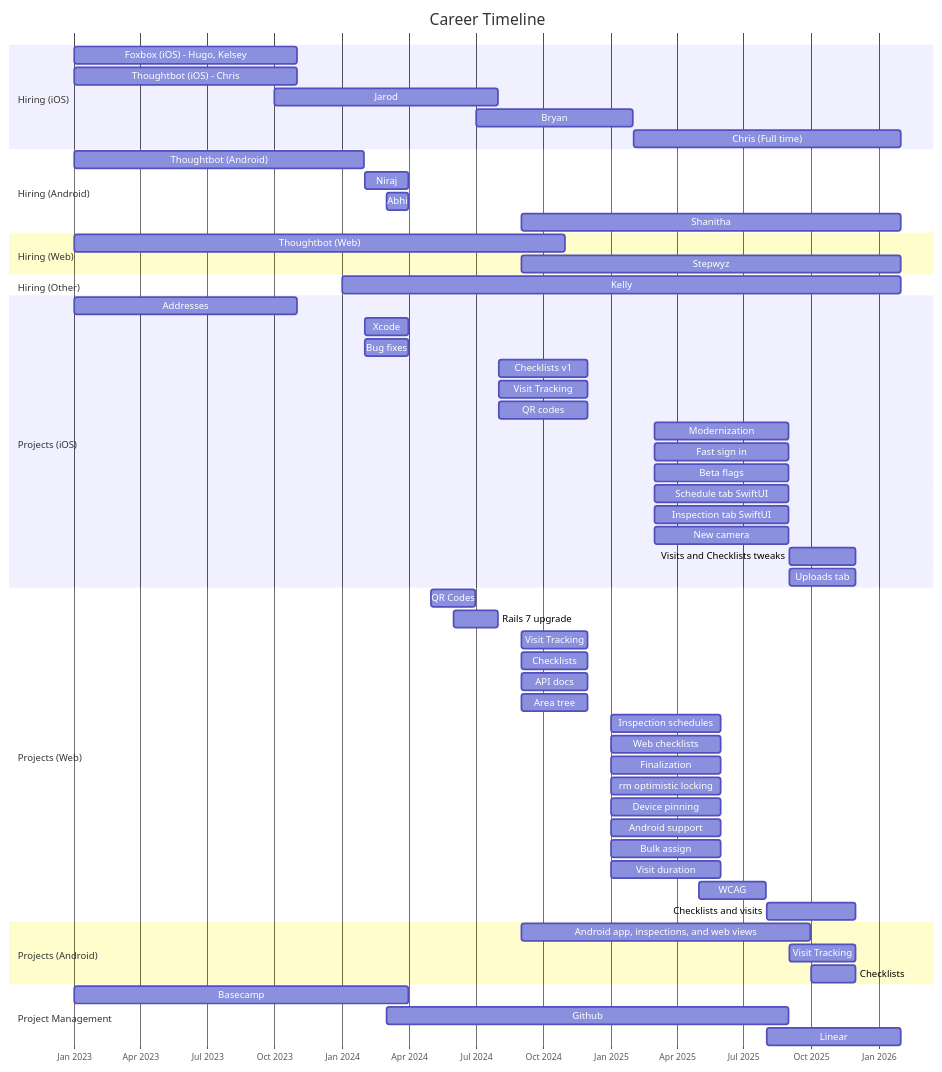
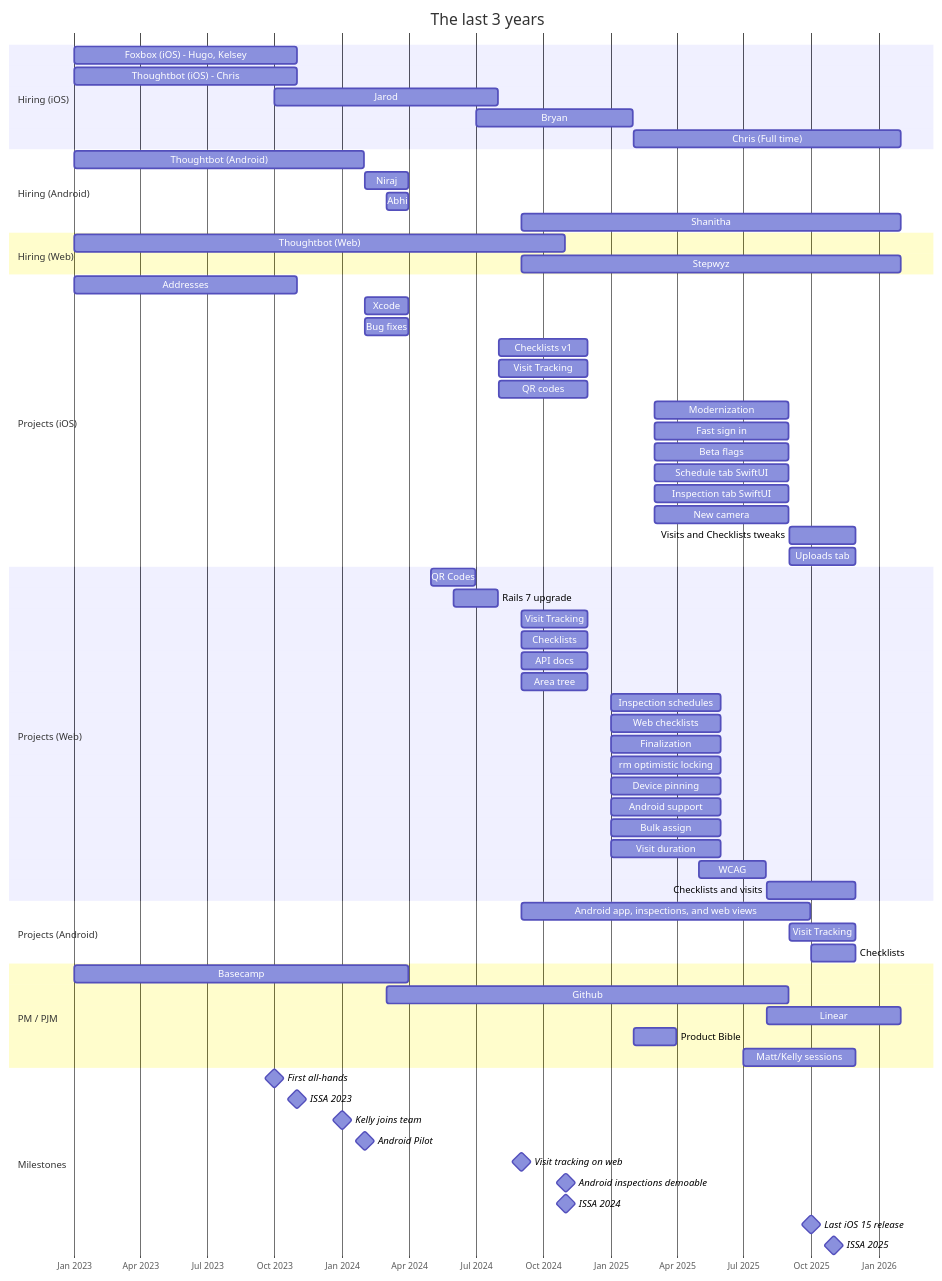
The diagram in gantt.mmd (dpaola2/career-chart-oqc), drawn with Mermaid before and after one commit.

Commit message:
almost there

```diff
--- a/gantt.mmd
+++ b/gantt.mmd
@@ -1,69 +1,82 @@
 %%{init: {'gantt': {'tickInterval': '1year'}} }%%
 gantt
     dateFormat YYYY-MM-DD
-    title Career Timeline
+    title The last 3 years
     axisFormat %b %Y
 
     section Hiring (iOS)
     Foxbox (iOS) - Hugo, Kelsey : foxbox_ios, 2023-01-01, 2023-10-31
     Thoughtbot (iOS) - Chris : chris1, 2023-01-01, 2023-10-31
     Jarod             : jarod, 2023-10-01, 2024-07-31
     Bryan             : bryan, 2024-07-01, 2025-01-31
     Chris (Full time) : chris2, 2025-02-01, 2026-01-31
 
     section Hiring (Android)
     Thoughtbot (Android) : thoughtbot_android, 2023-01-01, 2024-01-31
     Niraj             : niraj, 2024-02-01, 2024-03-31
     Abhi              : abhi, 2024-03-01, 2024-03-31
     Shanitha          : shanitha, 2024-09-01, 2026-01-31
 
     section Hiring (Web)
     Thoughtbot (Web)  : thoughtbot_web, 2023-01-01, 2024-10-31
     Stepwyz           : stepwyz, 2024-09-01, 2026-01-31
 
     section Hiring (Other)
-    Kelly             : kelly, 2024-01-01, 2026-01-31
+    %% (empty for now)
 
     section Projects (iOS)
     Addresses                 : addresses, 2023-01-01, 2023-10-31
     Xcode                     : xcode, 2024-02-01, 2024-03-31
     Bug fixes                 : bug_fixes, 2024-02-01, 2024-03-31
     Checklists v1             : checklists_v1, 2024-08-01, 2024-11-30
     Visit Tracking            : visit_tracking, 2024-08-01, 2024-11-30
     QR codes                  : qr_codes, 2024-08-01, 2024-11-30
     Modernization             : modernization, 2025-03-01, 2025-08-31
     Fast sign in              : fast_sign_in, 2025-03-01, 2025-08-31
     Beta flags                : beta_flags, 2025-03-01, 2025-08-31
     Schedule tab SwiftUI      : schedule_tab_swiftui, 2025-03-01, 2025-08-31
     Inspection tab SwiftUI    : inspection_tab_swiftui, 2025-03-01, 2025-08-31
     New camera                : new_camera, 2025-03-01, 2025-08-31
     Visits and Checklists tweaks : visits_checklists_tweaks, 2025-09-01, 2025-11-30
     Uploads tab               : uploads_tab, 2025-09-01, 2025-11-30
 
     section Projects (Web)
     QR Codes                  : web_qr_codes, 2024-05-01, 2024-06-30
     Rails 7 upgrade           : rails7_upgrade, 2024-06-01, 2024-07-31
     Visit Tracking            : web_visit_tracking, 2024-09-01, 2024-11-30
     Checklists                : web_checklists, 2024-09-01, 2024-11-30
     API docs                  : api_docs, 2024-09-01, 2024-11-30
     Area tree                 : area_tree, 2024-09-01, 2024-11-30
     Inspection schedules      : web_inspection_schedules, 2025-01-01, 2025-05-31
     Web checklists            : web_web_checklists, 2025-01-01, 2025-05-31
     Finalization              : web_finalization, 2025-01-01, 2025-05-31
     rm optimistic locking     : web_rm_optimistic_locking, 2025-01-01, 2025-05-31
     Device pinning            : web_device_pinning, 2025-01-01, 2025-05-31
     Android support           : web_android_support, 2025-01-01, 2025-05-31
     Bulk assign               : web_bulk_assign, 2025-01-01, 2025-05-31
     Visit duration            : web_visit_duration, 2025-01-01, 2025-05-31
     WCAG                      : web_wcag, 2025-05-01, 2025-07-31
     Checklists and visits     : web_checklists_visits, 2025-08-01, 2025-11-30
 
     section Projects (Android)
     Android app, inspections, and web views : android_app_inspections_webviews, 2024-09-01, 2025-09-30
     Visit Tracking            : android_visit_tracking, 2025-09-01, 2025-11-30
     Checklists                : android_checklists, 2025-10-01, 2025-11-30
 
-    section Project Management
+    section PM / PJM
     Basecamp          : basecamp, 2023-01-01, 2024-03-31
     Github            : github, 2024-03-01, 2025-08-31
     Linear            : linear, 2025-08-01, 2026-01-31
+    Product Bible     : product_bible, 2025-02-01, 2025-03-31
+    Matt/Kelly sessions : matt_kelly_sessions, 2025-07-01, 2025-11-30
+
+    section Milestones
+    First all-hands   : milestone, first_all_hands, 2023-10-01, 0d
+    ISSA 2023         : milestone, issa2023, 2023-11-01, 0d
+    Kelly joins team  : milestone, kelly_joins, 2024-01-01, 0d
+    Android Pilot     : milestone, android_pilot, 2024-02-01, 0d
+    Visit tracking on web : milestone, visit_tracking_web, 2024-09-01, 0d
+    Android inspections demoable : milestone, android_inspections_demoable, 2024-11-01, 0d
+    ISSA 2024         : milestone, issa2024, 2024-11-01, 0d
+    Last iOS 15 release : milestone, ios15_last, 2025-10-01, 0d
+    ISSA 2025         : milestone, issa2025, 2025-11-01, 0d
```
